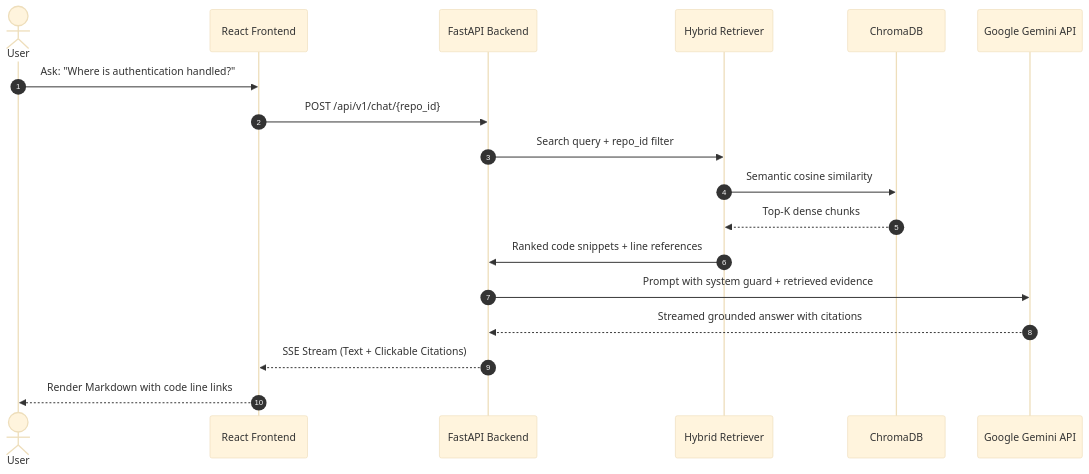
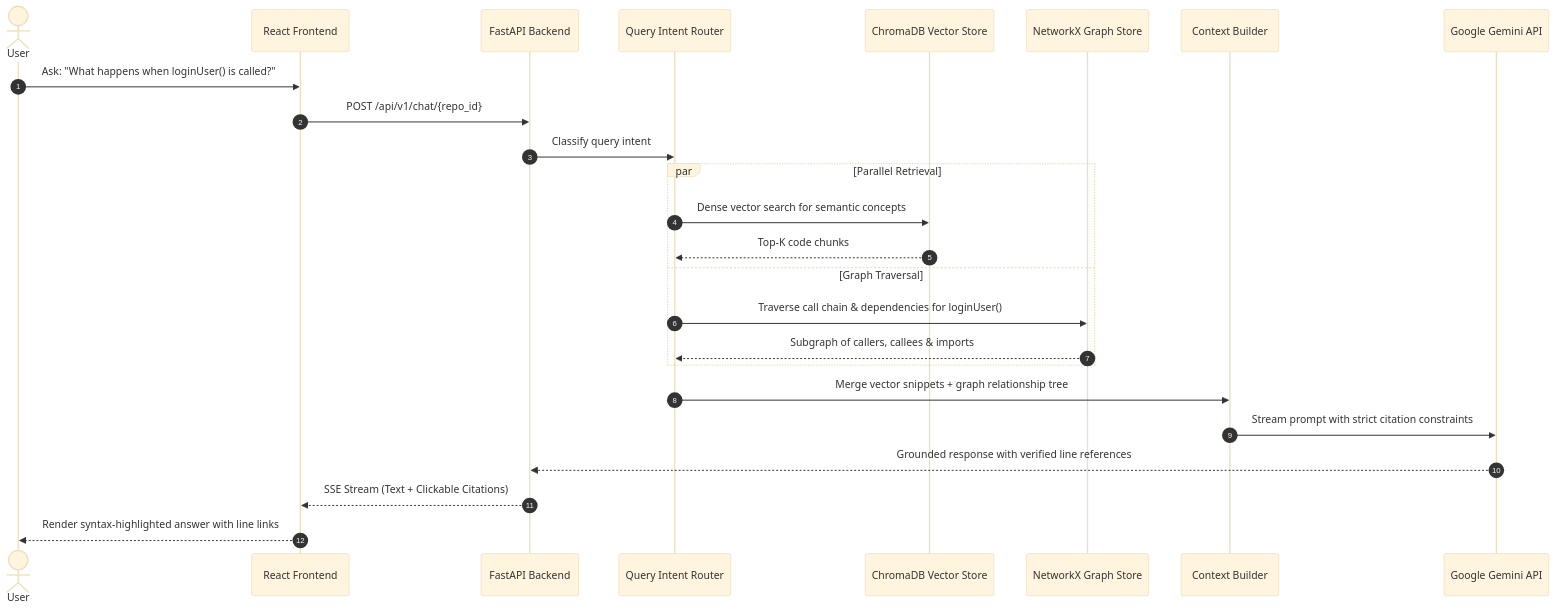
Before and after one commit to Sudeepa110/RepoMind: the second of 2 diagrams in docs/DATA_FLOW.md, drawn with Mermaid (base theme). The commit also changed other lines of this file and 29 other files, not shown here.

Commit message:
docs & arch: update architecture to Hybrid Vector RAG + GraphRAG

````diff
--- a/docs/DATA_FLOW.md
+++ b/docs/DATA_FLOW.md
@@ -38,21 +40,30 @@
 ```mermaid
 sequenceDiagram
     autonumber
     actor User
     participant Frontend as React Frontend
     participant API as FastAPI Backend
-    participant Hybrid as Hybrid Retriever
-    participant Chroma as ChromaDB
+    participant Router as Query Intent Router
+    participant Chroma as ChromaDB Vector Store
+    participant Graph as NetworkX Graph Store
+    participant Builder as Context Builder
     participant Gemini as Google Gemini API
 
-    User->>Frontend: Ask: "Where is authentication handled?"
+    User->>Frontend: Ask: "What happens when loginUser() is called?"
     Frontend->>API: POST /api/v1/chat/{repo_id}
-    API->>Hybrid: Search query + repo_id filter
-    Hybrid->>Chroma: Semantic cosine similarity
-    Chroma-->>Hybrid: Top-K dense chunks
-    Hybrid->>API: Ranked code snippets + line references
-    API->>Gemini: Prompt with system guard + retrieved evidence
-    Gemini-->>API: Streamed grounded answer with citations
+    API->>Router: Classify query intent
+    
+    par Parallel Retrieval
+        Router->>Chroma: Dense vector search for semantic concepts
+        Chroma-->>Router: Top-K code chunks
+    and Graph Traversal
+        Router->>Graph: Traverse call chain & dependencies for loginUser()
+        Graph-->>Router: Subgraph of callers, callees & imports
+    end
+    
+    Router->>Builder: Merge vector snippets + graph relationship tree
+    Builder->>Gemini: Stream prompt with strict citation constraints
+    Gemini-->>API: Grounded response with verified line references
     API-->>Frontend: SSE Stream (Text + Clickable Citations)
-    Frontend-->>User: Render Markdown with code line links
+    Frontend-->>User: Render syntax-highlighted answer with line links
 ```
````
